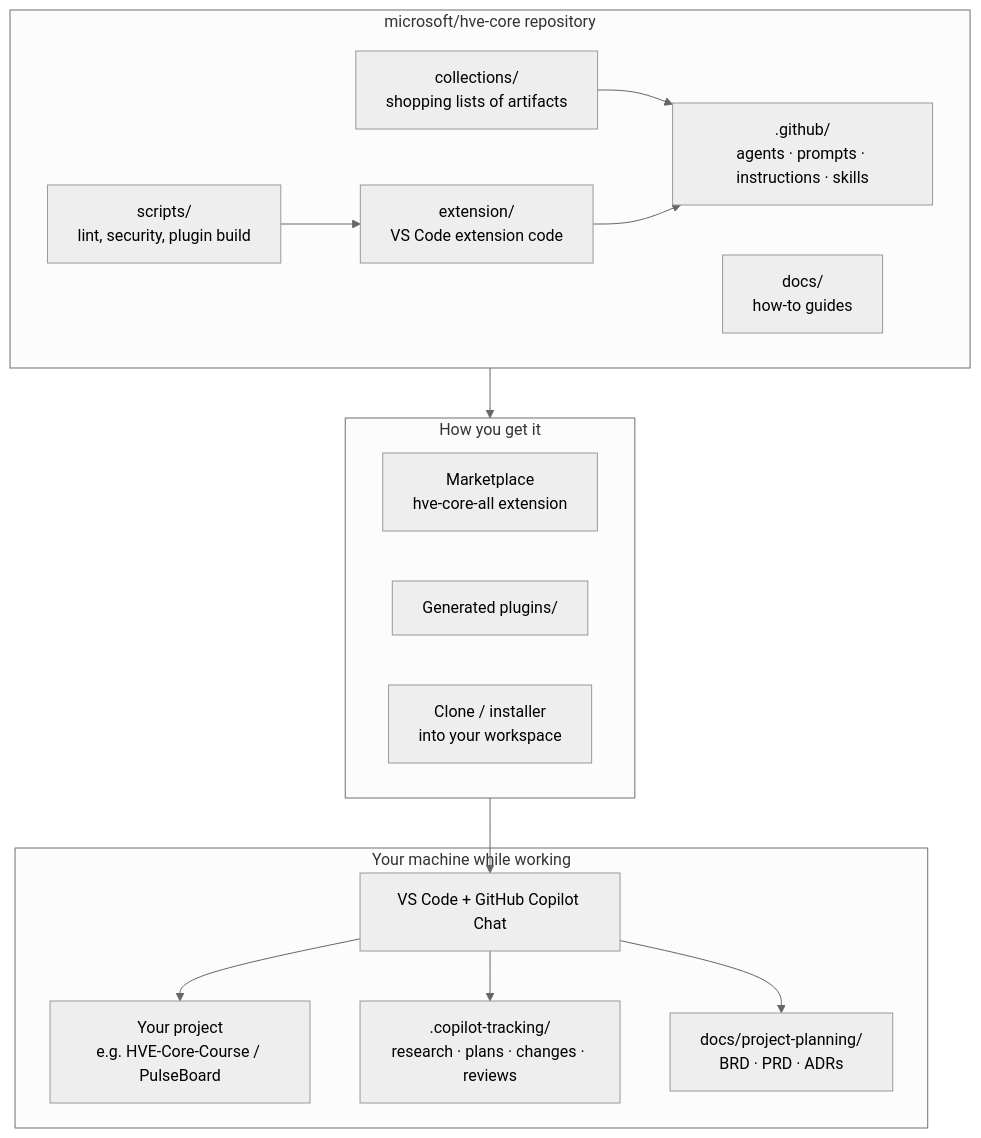
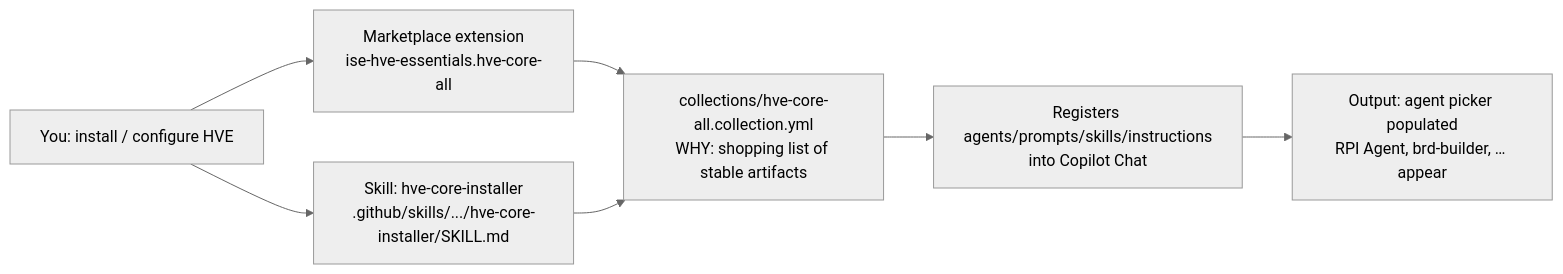
One commit to AbhranilGit/HVE-Core-Course changed the second of 11 diagrams in docs/course/agent-stage-map.md. Above: the diagram before and after it, drawn with Mermaid (neutral theme). The commit also changed other lines of this file, not shown here.

First line of the commit message:
Rewrite HVE architecture as per-stage prompt file-selection flows

````diff
--- a/docs/course/agent-stage-map.md
+++ b/docs/course/agent-stage-map.md
@@ -310,32 +357,9 @@
 ```mermaid
-flowchart TB
-    subgraph SOURCE["microsoft/hve-core repository"]
-        COL["collections/<br/>shopping lists of artifacts"]
-        GH[".github/<br/>agents · prompts · instructions · skills"]
-        EXT["extension/<br/>VS Code extension code"]
-        SCR["scripts/<br/>lint, security, plugin build"]
-        DOC["docs/<br/>how-to guides"]
-        COL --> GH
-        EXT --> GH
-        SCR --> EXT
-    end
-
-    subgraph DELIVERY["How you get it"]
-        MKT["Marketplace<br/>hve-core-all extension"]
-        PLG["Generated plugins/"]
-        CLN["Clone / installer<br/>into your workspace"]
-    end
-
-    subgraph RUNTIME["Your machine while working"]
-        VSC["VS Code + GitHub Copilot Chat"]
-        WS["Your project<br/>e.g. HVE-Core-Course / PulseBoard"]
-        TRACK[".copilot-tracking/<br/>research · plans · changes · reviews"]
-        PLANDOCS["docs/project-planning/<br/>BRD · PRD · ADRs"]
-    end
-
-    SOURCE --> DELIVERY
-    DELIVERY --> VSC
-    VSC --> WS
-    VSC --> TRACK
-    VSC --> PLANDOCS
+flowchart LR
+    U["You: install / configure HVE"] --> E["Marketplace extension<br/>ise-hve-essentials.hve-core-all"]
+    U --> S["Skill: hve-core-installer<br/>.github/skills/.../hve-core-installer/SKILL.md"]
+    E --> C["collections/hve-core-all.collection.yml<br/>WHY: shopping list of stable artifacts"]
+    S --> C
+    C --> REG["Registers agents/prompts/skills/instructions<br/>into Copilot Chat"]
+    REG --> OUT["Output: agent picker populated<br/>RPI Agent, brd-builder, … appear"]
 ```
````
